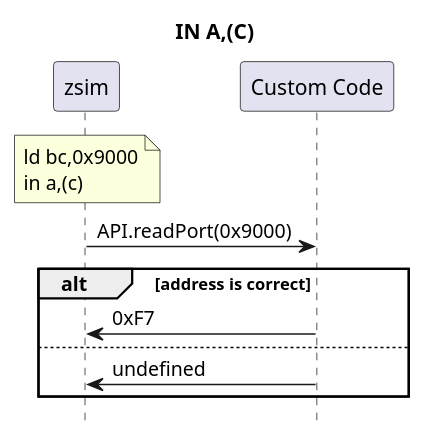
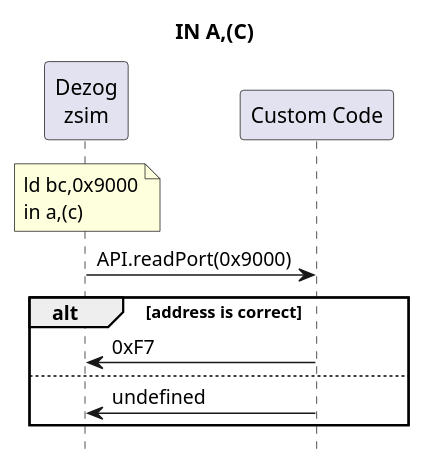
The second of 9 diagrams in documentation/zsimPeripherals.md (maziac/DeZog), drawn with PlantUML before and after one commit. The commit also changed other lines of this file and 1 other file, not shown here.

```diff
--- a/documentation/zsimPeripherals.md
+++ b/documentation/zsimPeripherals.md
@@ -120,15 +120,15 @@
 ~~~puml
 hide footbox
 title IN A,(C)
-participant zsim
+participant zsim as "Dezog\nzsim"
 participant custom as "Custom Code"
 
 note over zsim: ld bc,0x9000\nin a,(c)
 zsim -> custom: API.readPort(0x9000)
 
 alt address is correct
 zsim <- custom: 0xF7
 else
 zsim <- custom: undefined
 end
 ~~~
```
